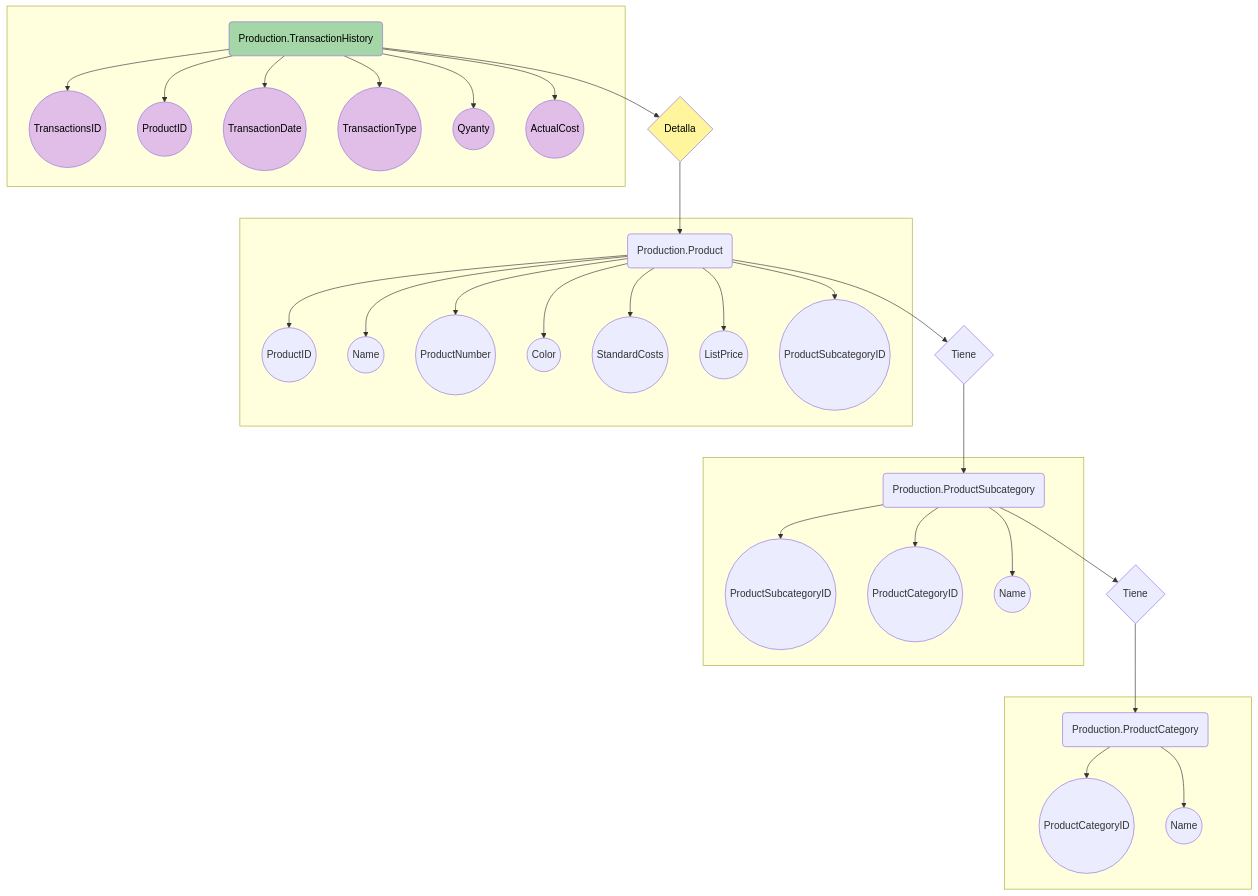
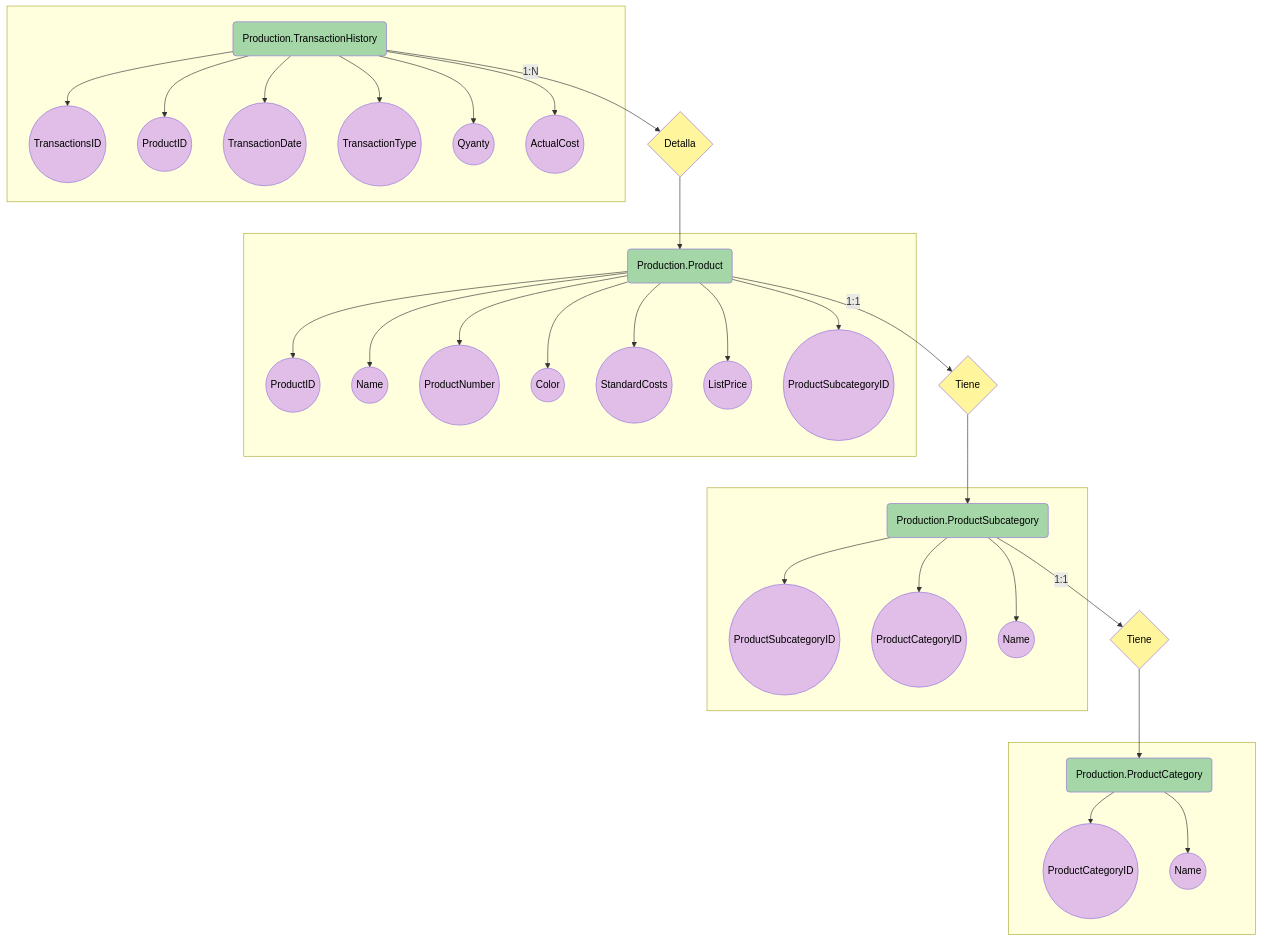
Before and after one commit to JuanMZ96/DataAnalytics: the diagram in README.md, drawn with Mermaid.

Commit message:
Terminar colores y cardinalidad

````diff
--- a/README.md
+++ b/README.md
@@ -89,44 +89,61 @@
 ```mermaid
 flowchart TB
 style A fill: #A5D6A7,color: black
 style 2 fill:#E1BEE7,color: black
 style 1 fill: #E1BEE7,color: black
 style 3 fill: #E1BEE7,color: black
 style 4 fill: #E1BEE7,color: black
 style 5 fill: #E1BEE7,color: black
 style 6 fill: #E1BEE7,color: black
-A(Production.TransactionHistory) --> B{Detalla}
+A(Production.TransactionHistory) --1:N--> B{Detalla}
 style B fill: #FFF59D,color: black
 subgraph  
 	A -->2((ProductID))
 	A -->1((TransactionsID))
 	A -->3((TransactionDate))
 	A -->4((TransactionType))
 	A -->5((Qyanty))
 	A -->6((ActualCost))
 end
 B --> C(Production.Product)
-C -->D{Tiene}
+style C fill: #A5D6A7,color: black
+style 7 fill:#E1BEE7,color: black
+style 9 fill: #E1BEE7,color: black
+style 10 fill: #E1BEE7,color: black
+style 11 fill: #E1BEE7,color: black
+style 12 fill: #E1BEE7,color: black
+style 13 fill: #E1BEE7,color: black
+style 14 fill: #E1BEE7,color: black
+C--1:1-->D{Tiene}
+style D fill: #FFF59D,color: black
 subgraph  
 	C -->7((ProductID))
 	C -->9((Name))
 	C -->10((ProductNumber))
 	C -->11((Color))
 	C -->12((StandardCosts))
 	C -->13((ListPrice))
 	C -->14((ProductSubcategoryID))
 end
 D-->E(Production.ProductSubcategory)
-E-->F{Tiene}
+style E fill:#A5D6A7,color: black
+style 15 fill:#E1BEE7,color: black
+style 16 fill: #E1BEE7,color: black
+style 17 fill: #E1BEE7,color: black
+E--1:1-->F{Tiene}
+style F fill: #FFF59D,color: black
 subgraph  
 	E -->15((ProductSubcategoryID))
 	E -->16((ProductCategoryID))
 	E -->17((Name))
 end
 F-->G(Production.ProductCategory)
+style G fill: #A5D6A7,color: black
+style 18 fill:#E1BEE7,color: black
+style 19 fill: #E1BEE7,color: black
 subgraph  
 	G -->18((ProductCategoryID))
 	G -->19((Name))
 end
 
 ```
````
